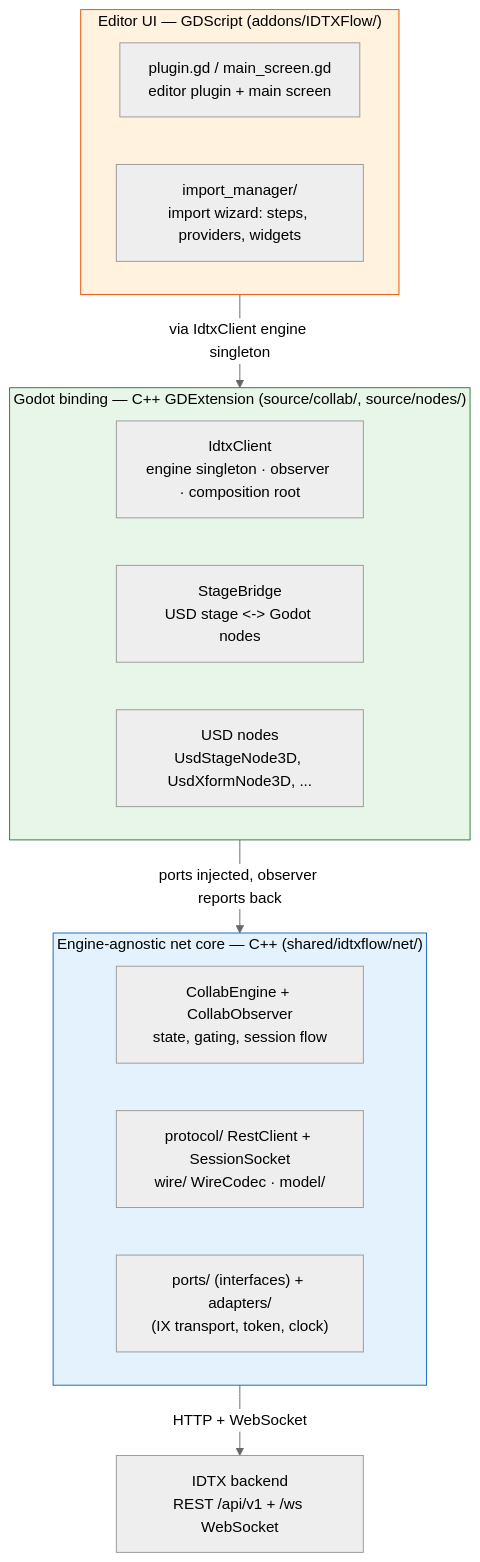
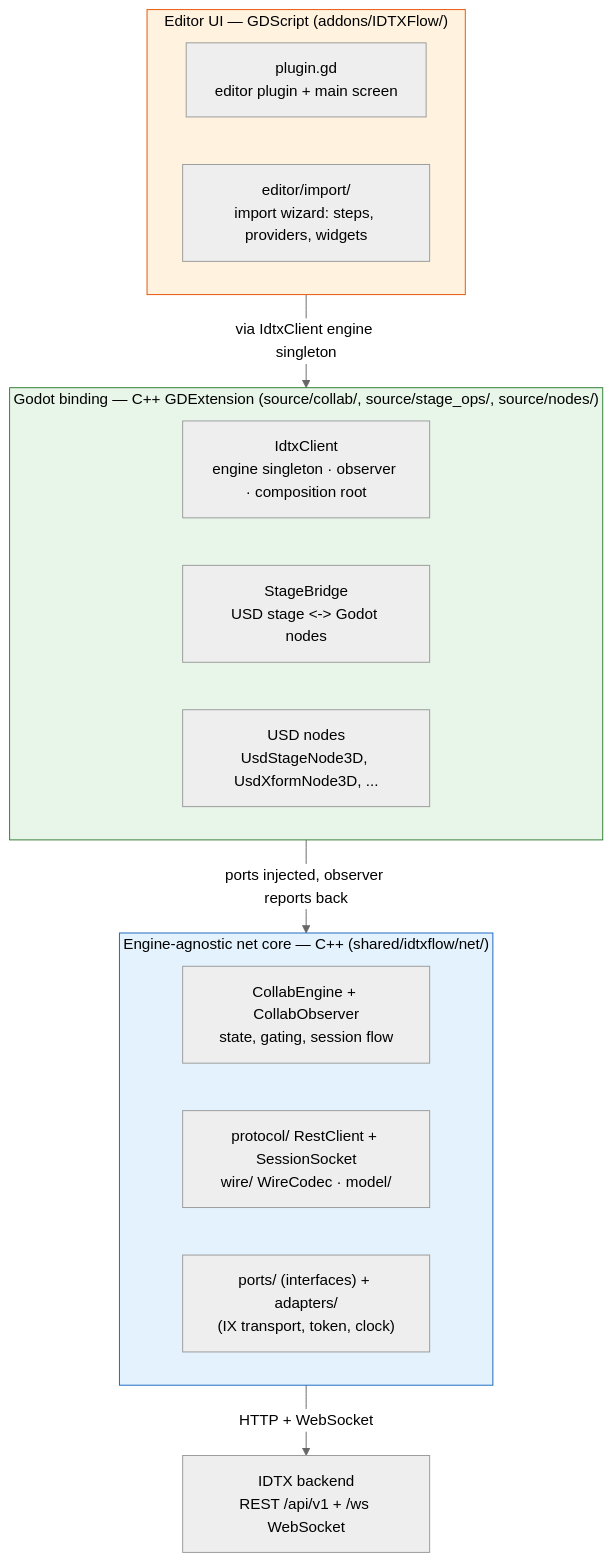
Before and after one commit to Immersive-Data-Center-Management/idtx-flow: the first of 3 diagrams in docs/collab-client/overview.md, drawn with Mermaid (neutral theme). The commit also changed other lines of this file and 133 other files, not shown here.

````diff
--- a/docs/collab-client/overview.md
+++ b/docs/collab-client/overview.md
@@ -32,29 +35,29 @@
 ```mermaid
 graph TB
     subgraph UI["Editor UI — GDScript (addons/IDTXFlow/)"]
-        PLUGIN["plugin.gd / main_screen.gd<br/>editor plugin + main screen"]
-        WIZ["import_manager/<br/>import wizard: steps, providers, widgets"]
+        PLUGIN["plugin.gd<br/>editor plugin + main screen"]
+        WIZ["editor/import/<br/>import wizard: steps, providers, widgets"]
     end
 
-    subgraph BIND["Godot binding — C++ GDExtension (source/collab/, source/nodes/)"]
+    subgraph BIND["Godot binding — C++ GDExtension (source/collab/, source/stage_ops/, source/nodes/)"]
         CLIENT["IdtxClient<br/>engine singleton · observer · composition root"]
         BRIDGE["StageBridge<br/>USD stage &lt;-&gt; Godot nodes"]
         NODES["USD nodes<br/>UsdStageNode3D, UsdXformNode3D, ..."]
     end
 
     subgraph CORE["Engine-agnostic net core — C++ (shared/idtxflow/net/)"]
         ENGINE["CollabEngine + CollabObserver<br/>state, gating, session flow"]
         PROTO["protocol/ RestClient + SessionSocket<br/>wire/ WireCodec · model/"]
         PORTS["ports/ (interfaces) + adapters/<br/>(IX transport, token, clock)"]
     end
 
     BACKEND["IDTX backend<br/>REST /api/v1 + /ws WebSocket"]
 
     UI -->|via IdtxClient engine singleton| BIND
     BIND -->|ports injected, observer reports back| CORE
     CORE -->|HTTP + WebSocket| BACKEND
 
     style CORE fill:#e3f2fd,stroke:#1565c0,color:#000
     style BIND fill:#e8f5e9,stroke:#2e7d32,color:#000
     style UI fill:#fff3e0,stroke:#e65100,color:#000
 ```
````
